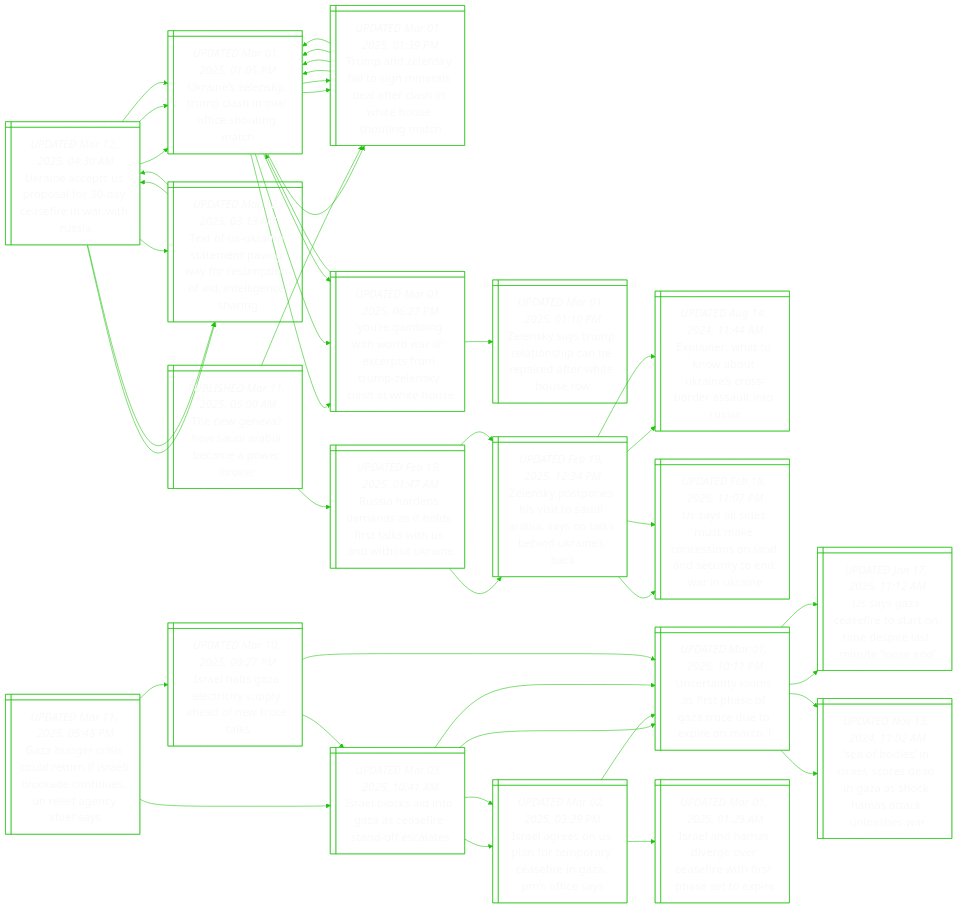
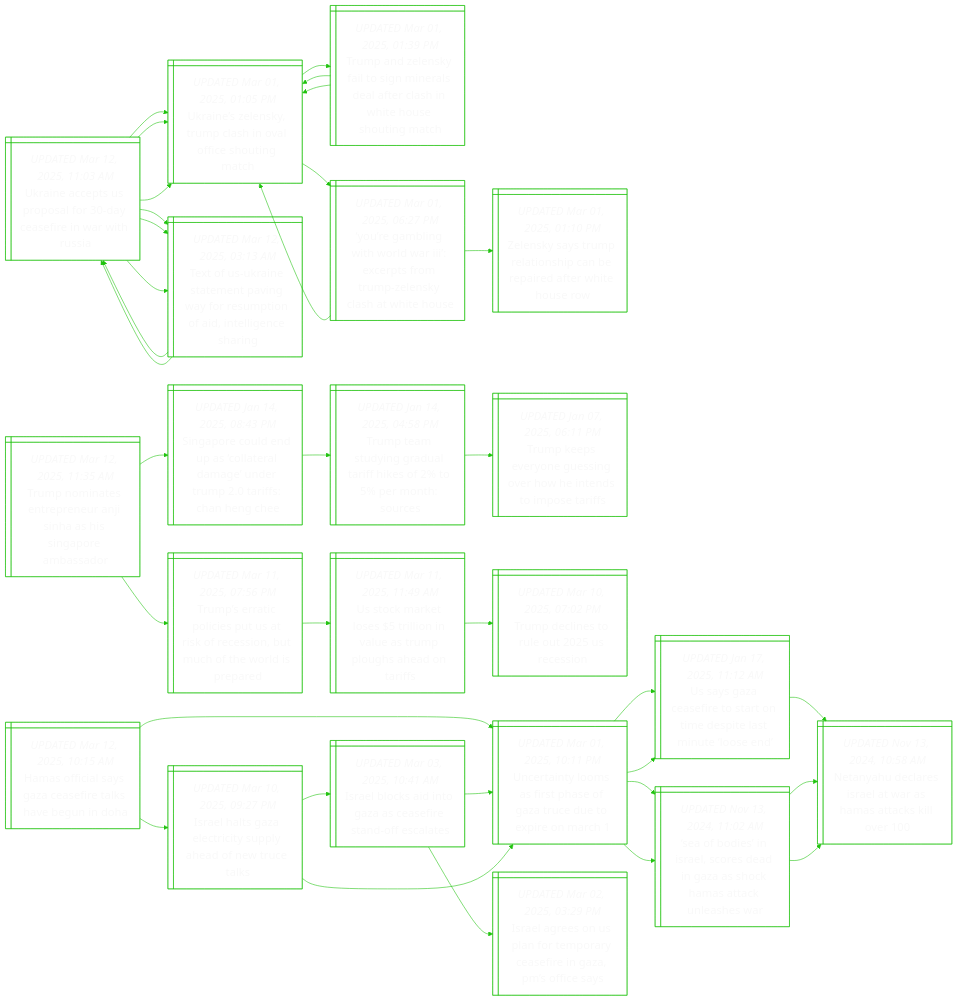
One commit to notJmes/notJmes changed the diagram in README.md. Above: the diagram before and after it, drawn with Mermaid. The commit also changed other lines of this file, not shown here.

```diff
--- a/README.md
+++ b/README.md
@@ -16,7 +16,7 @@
 flowchart LR
 classDef txtsize font-size:20px;
 
-UneSoocfnis@{ shape: win-pane, label: "_UPDATED Mar 12, 2025, 04:30 AM_
+UneSoocfnis@{ shape: win-pane, label: "_UPDATED Mar 12, 2025, 11:03 AM_
 Ukraine accepts us proposal for 30-day ceasefire in war with russia" }
 Unlyphaiogh@{ shape: win-pane, label: "_UPDATED Mar 01, 2025, 01:05 PM_
 Ukraine’s zelensky, trump clash in oval office shouting match" }
@@ -34,13 +34,13 @@
 Zelensky says trump relationship can be repaired after white house row" }
 Tfrsmawrmndlna@{ shape: win-pane, label: "_UPDATED Mar 12, 2025, 03:13 AM_
 Text of us-ukraine statement paving way for resumption of aid, intelligence sharing" }
-UneSoocfnis@{ shape: win-pane, label: "_UPDATED Mar 12, 2025, 04:30 AM_
+UneSoocfnis@{ shape: win-pane, label: "_UPDATED Mar 12, 2025, 11:03 AM_
 Ukraine accepts us proposal for 30-day ceasefire in war with russia" }
 Unlyphaiogh@{ shape: win-pane, label: "_UPDATED Mar 01, 2025, 01:05 PM_
 Ukraine’s zelensky, trump clash in oval office shouting match" }
 Tfrsmawrmndlna@{ shape: win-pane, label: "_UPDATED Mar 12, 2025, 03:13 AM_
 Text of us-ukraine statement paving way for resumption of aid, intelligence sharing" }
-UneSoocfnis@{ shape: win-pane, label: "_UPDATED Mar 12, 2025, 04:30 AM_
+UneSoocfnis@{ shape: win-pane, label: "_UPDATED Mar 12, 2025, 11:03 AM_
 Ukraine accepts us proposal for 30-day ceasefire in war with russia" }
 Unlyphaiogh@{ shape: win-pane, label: "_UPDATED Mar 01, 2025, 01:05 PM_
 Ukraine’s zelensky, trump clash in oval office shouting match" }
@@ -62,68 +62,42 @@
 UneSoocfnis:::txtsize --> Unlyphaiogh:::txtsize
 UneSoocfnis:::txtsize --> Tfrsmawrmndlna:::txtsize
 
-TwvSAamwo@{ shape: win-pane, label: "_PUBLISHED Mar 11, 2025, 05:00 AM_
-The new geneva? how saudi arabia became a power broker" }
-TalytnretaWHsit@{ shape: win-pane, label: "_UPDATED Mar 01, 2025, 01:39 PM_
-Trump and zelensky fail to sign minerals deal after clash in white house shouting match" }
-Unlyphaiogh@{ shape: win-pane, label: "_UPDATED Mar 01, 2025, 01:05 PM_
-Ukraine’s zelensky, trump clash in oval office shouting match" }
-TalytnretaWHsit@{ shape: win-pane, label: "_UPDATED Mar 01, 2025, 01:39 PM_
-Trump and zelensky fail to sign minerals deal after clash in white house shouting match" }
-YgitlIcsTZsaWH@{ shape: win-pane, label: "_UPDATED Mar 01, 2025, 06:27 PM_
-‘you’re gambling with world war iii’: excerpts from trump-zelensky clash at white house" }
-Unlyphaiogh@{ shape: win-pane, label: "_UPDATED Mar 01, 2025, 01:05 PM_
-Ukraine’s zelensky, trump clash in oval office shouting match" }
-TalytnretaWHsit@{ shape: win-pane, label: "_UPDATED Mar 01, 2025, 01:39 PM_
-Trump and zelensky fail to sign minerals deal after clash in white house shouting match" }
-YgitlIcsTZsaWH@{ shape: win-pane, label: "_UPDATED Mar 01, 2025, 06:27 PM_
-‘you’re gambling with world war iii’: excerpts from trump-zelensky clash at white house" }
-RaemaoiaiatUn@{ shape: win-pane, label: "_UPDATED Feb 19, 2025, 01:47 AM_
-Russia hardens demands as it holds first talks with us and without ukraine" }
-ZssevtdbyaeUnc@{ shape: win-pane, label: "_UPDATED Feb 19, 2025, 12:34 PM_
-Zelensky postpones his visit to saudi arabia, says no talks behind ukraine’s back" }
-Eihkbkesdsiu@{ shape: win-pane, label: "_UPDATED Aug 14, 2024, 11:44 AM_
-Explainer: what to know about ukraine’s cross-border assault into russia" }
-UsiukcolnutwUn@{ shape: win-pane, label: "_UPDATED Feb 18, 2025, 11:07 PM_
-Us says all sides must make concessions on land and security to end war in ukraine" }
-ZssevtdbyaeUnc@{ shape: win-pane, label: "_UPDATED Feb 19, 2025, 12:34 PM_
-Zelensky postpones his visit to saudi arabia, says no talks behind ukraine’s back" }
-Eihkbkesdsiu@{ shape: win-pane, label: "_UPDATED Aug 14, 2024, 11:44 AM_
-Explainer: what to know about ukraine’s cross-border assault into russia" }
-UsiukcolnutwUn@{ shape: win-pane, label: "_UPDATED Feb 18, 2025, 11:07 PM_
-Us says all sides must make concessions on land and security to end war in ukraine" }
+TnanrrSaSpma@{ shape: win-pane, label: "_UPDATED Mar 12, 2025, 11:35 AM_
+Trump nominates entrepreneur anji sinha as his singapore ambassador" }
+Sponsalgemihne@{ shape: win-pane, label: "_UPDATED Jan 14, 2025, 08:43 PM_
+Singapore could end up as ‘collateral damage’ under trump 2.0 tariffs: chan heng chee" }
+Tttndahoetr@{ shape: win-pane, label: "_UPDATED Jan 14, 2025, 04:58 PM_
+Trump team studying gradual tariff hikes of 2% to 5% per month: sources" }
+Tkeoeghidmtf@{ shape: win-pane, label: "_UPDATED Jan 07, 2025, 06:11 PM_
+Trump keeps everyone guessing over how he intends to impose tariffs" }
+TstlsSseitowip@{ shape: win-pane, label: "_UPDATED Mar 11, 2025, 07:56 PM_
+Trump’s erratic policies put us at risk of recession, but much of the world is prepared" }
+UcksinlTphaas@{ shape: win-pane, label: "_UPDATED Mar 11, 2025, 11:49 AM_
+Us stock market loses $5 trillion in value as trump ploughs ahead on tariffs" }
+Tdnruei@{ shape: win-pane, label: "_UPDATED Mar 10, 2025, 07:02 PM_
+Trump declines to rule out 2025 us recession" }
 
-TwvSAamwo:::txtsize --> TalytnretaWHsit:::txtsize
-TalytnretaWHsit:::txtsize --> Unlyphaiogh:::txtsize
-Unlyphaiogh:::txtsize --> TalytnretaWHsit:::txtsize
-Unlyphaiogh:::txtsize --> YgitlIcsTZsaWH:::txtsize
-TalytnretaWHsit:::txtsize --> Unlyphaiogh:::txtsize
-Unlyphaiogh:::txtsize --> TalytnretaWHsit:::txtsize
-Unlyphaiogh:::txtsize --> YgitlIcsTZsaWH:::txtsize
-TwvSAamwo:::txtsize --> RaemaoiaiatUn:::txtsize
-RaemaoiaiatUn:::txtsize --> ZssevtdbyaeUnc:::txtsize
-ZssevtdbyaeUnc:::txtsize --> Eihkbkesdsiu:::txtsize
-ZssevtdbyaeUnc:::txtsize --> UsiukcolnutwUn:::txtsize
-RaemaoiaiatUn:::txtsize --> ZssevtdbyaeUnc:::txtsize
-ZssevtdbyaeUnc:::txtsize --> Eihkbkesdsiu:::txtsize
-ZssevtdbyaeUnc:::txtsize --> UsiukcolnutwUn:::txtsize
+TnanrrSaSpma:::txtsize --> Sponsalgemihne:::txtsize
+Sponsalgemihne:::txtsize --> Tttndahoetr:::txtsize
+Tttndahoetr:::txtsize --> Tkeoeghidmtf:::txtsize
+TnanrrSaSpma:::txtsize --> TstlsSseitowip:::txtsize
+TstlsSseitowip:::txtsize --> UcksinlTphaas:::txtsize
+UcksinlTphaas:::txtsize --> Tdnruei:::txtsize
 
-Gucsdrsikourfces@{ shape: win-pane, label: "_UPDATED Mar 11, 2025, 05:48 PM_
-Gaza hunger crisis could return if israeli blockade continues, un relief agency chief says" }
-Ilkiacftfas@{ shape: win-pane, label: "_UPDATED Mar 03, 2025, 10:41 AM_
-Israel blocks aid into gaza as ceasefire stand-off escalates" }
+Hoiyaethen@{ shape: win-pane, label: "_UPDATED Mar 12, 2025, 10:15 AM_
+Hamas official says gaza ceasefire talks have begun in doha" }
 UtysraGruxoc@{ shape: win-pane, label: "_UPDATED Mar 01, 2025, 10:11 PM_
 Uncertainty looms as first phase of gaza truce due to expire on march 1" }
 Uscfotmpanon@{ shape: win-pane, label: "_UPDATED Jan 17, 2025, 11:12 AM_
 Us says gaza ceasefire to start on time despite last minute ‘loose end’" }
+NyeeawHakl@{ shape: win-pane, label: "_UPDATED Nov 13, 2024, 10:58 AM_
+Netanyahu declares israel at war as hamas attacks kill over 100" }
 Sbsrcdnacaale@{ shape: win-pane, label: "_UPDATED Nov 13, 2024, 11:02 AM_
 ‘sea of bodies’ in israel, scores dead in gaza as shock hamas attack unleashes war" }
-IleSfmrsezoe@{ shape: win-pane, label: "_UPDATED Mar 02, 2025, 03:29 PM_
-Israel agrees on us plan for temporary ceasefire in gaza, pm’s office says" }
-Ilaiecfiratp@{ shape: win-pane, label: "_UPDATED Mar 01, 2025, 01:29 AM_
-Israel and hamas diverge over ceasefire with first phase set to expire" }
-UtysraGruxoc@{ shape: win-pane, label: "_UPDATED Mar 01, 2025, 10:11 PM_
-Uncertainty looms as first phase of gaza truce due to expire on march 1" }
+NyeeawHakl@{ shape: win-pane, label: "_UPDATED Nov 13, 2024, 10:58 AM_
+Netanyahu declares israel at war as hamas attacks kill over 100" }
+NyeeawHakl@{ shape: win-pane, label: "_UPDATED Nov 13, 2024, 10:58 AM_
+Netanyahu declares israel at war as hamas attacks kill over 100" }
 Ilserylaeck@{ shape: win-pane, label: "_UPDATED Mar 10, 2025, 09:27 PM_
 Israel halts gaza electricity supply ahead of new truce talks" }
 Ilkiacftfas@{ shape: win-pane, label: "_UPDATED Mar 03, 2025, 10:41 AM_
@@ -139,14 +113,13 @@
 Sbsrcdnacaale@{ shape: win-pane, label: "_UPDATED Nov 13, 2024, 11:02 AM_
 ‘sea of bodies’ in israel, scores dead in gaza as shock hamas attack unleashes war" }
 
-Gucsdrsikourfces:::txtsize --> Ilkiacftfas:::txtsize
-Ilkiacftfas:::txtsize --> UtysraGruxoc:::txtsize
+Hoiyaethen:::txtsize --> UtysraGruxoc:::txtsize
 UtysraGruxoc:::txtsize --> Uscfotmpanon:::txtsize
+Uscfotmpanon:::txtsize --> NyeeawHakl:::txtsize
 UtysraGruxoc:::txtsize --> Sbsrcdnacaale:::txtsize
-Ilkiacftfas:::txtsize --> IleSfmrsezoe:::txtsize
-IleSfmrsezoe:::txtsize --> Ilaiecfiratp:::txtsize
-IleSfmrsezoe:::txtsize --> UtysraGruxoc:::txtsize
-Gucsdrsikourfces:::txtsize --> Ilserylaeck:::txtsize
+Sbsrcdnacaale:::txtsize --> NyeeawHakl:::txtsize
+Sbsrcdnacaale:::txtsize --> NyeeawHakl:::txtsize
+Hoiyaethen:::txtsize --> Ilserylaeck:::txtsize
 Ilserylaeck:::txtsize --> Ilkiacftfas:::txtsize
 Ilkiacftfas:::txtsize --> UtysraGruxoc:::txtsize
 Ilkiacftfas:::txtsize --> IleSfmrsezoe:::txtsize
```
